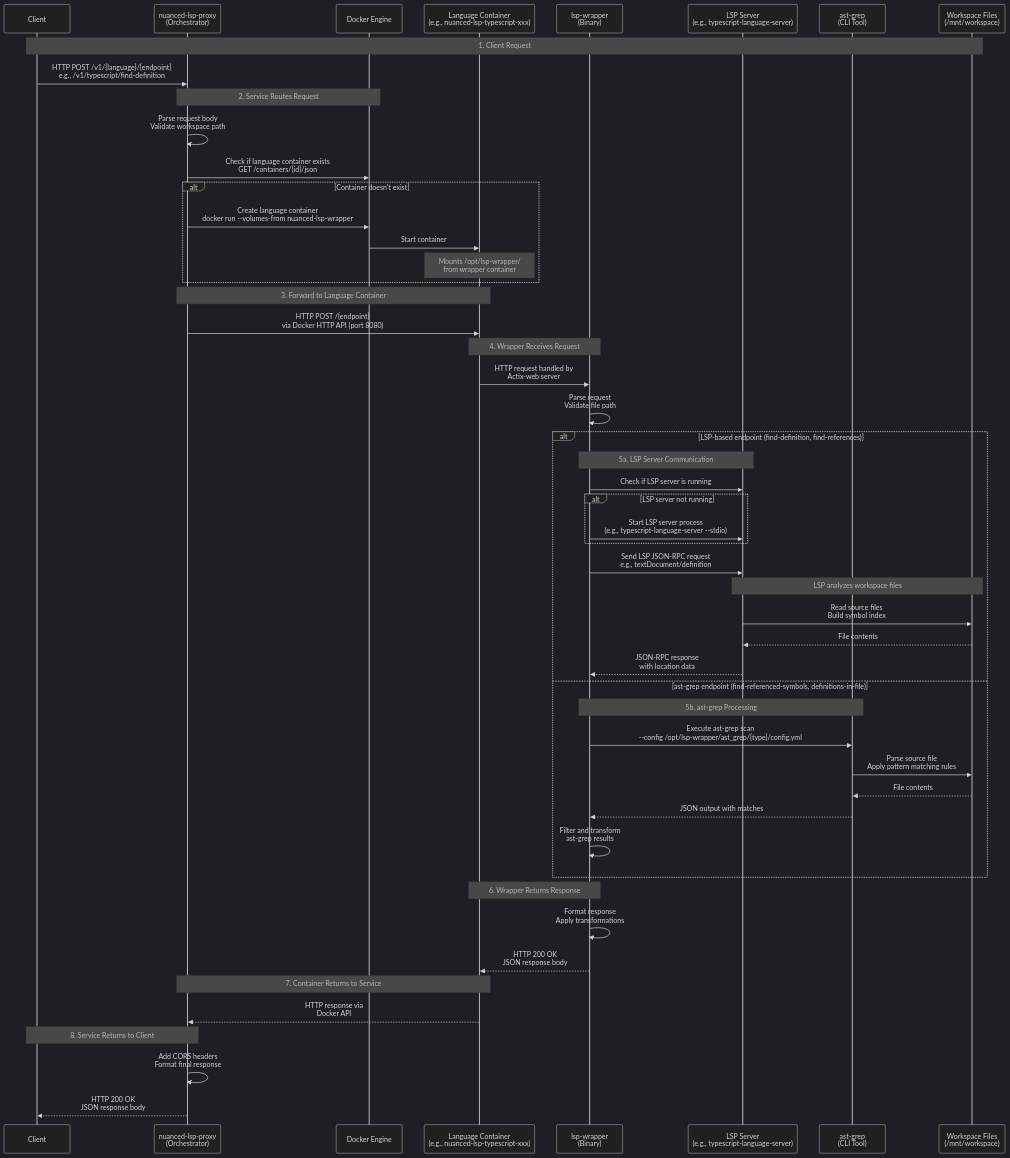
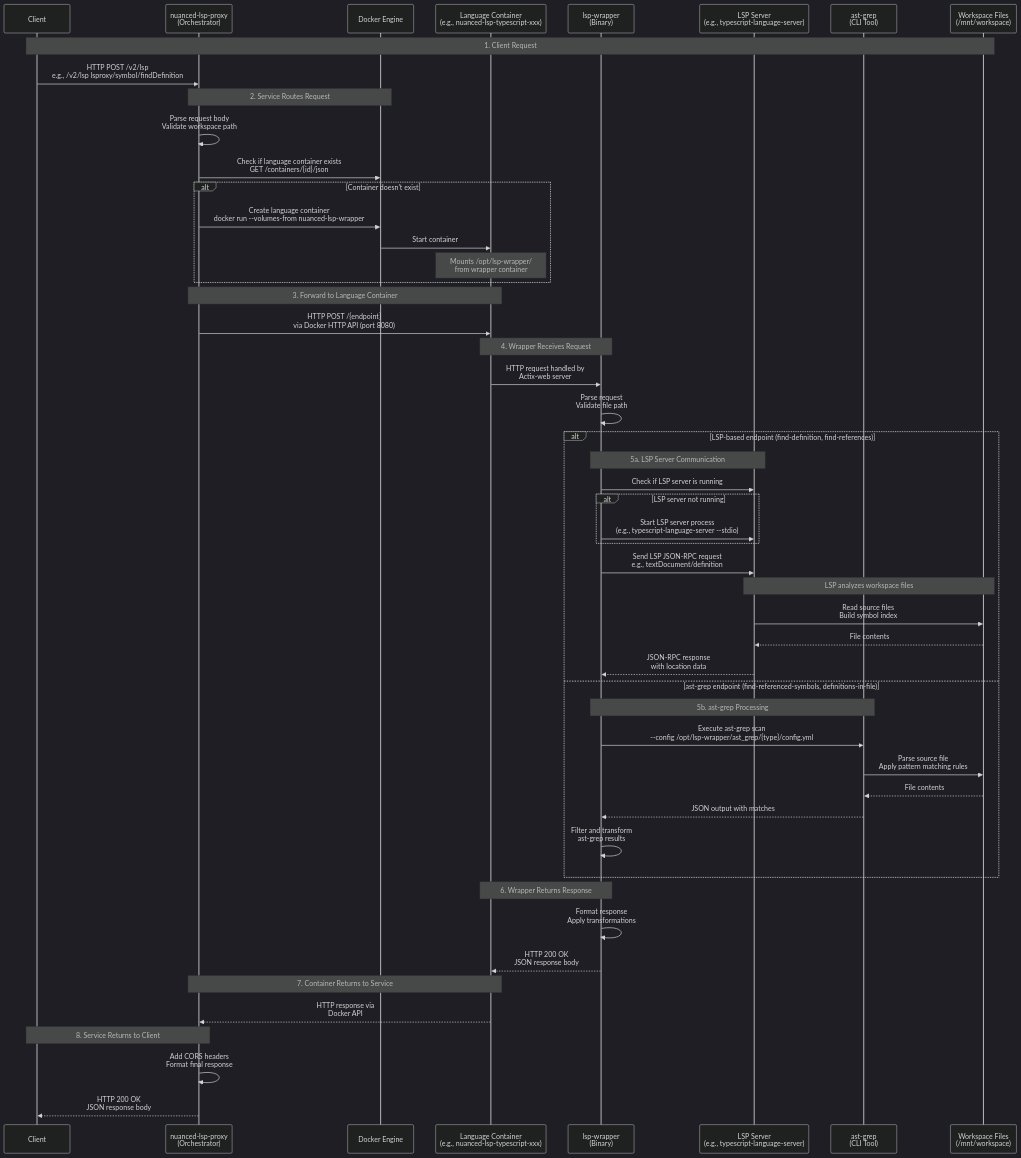
The diagram in docs/architecture.md (nuanced-dev/lsproxy), drawn with Mermaid (dark theme) before and after one commit. The commit also changed other lines of this file and 8 other files, not shown here.

````diff
--- a/docs/architecture.md
+++ b/docs/architecture.md
@@ -9,64 +9,64 @@
 ```mermaid
 sequenceDiagram
     participant Client
     participant Service as nuanced-lsp-proxy<br/>(Orchestrator)
     participant Docker as Docker Engine
     participant LangContainer as Language Container<br/>(e.g., nuanced-lsp-typescript-xxx)
     participant Wrapper as lsp-wrapper<br/>(Binary)
     participant LSP as LSP Server<br/>(e.g., typescript-language-server)
     participant AstGrep as ast-grep<br/>(CLI Tool)
     participant Workspace as Workspace Files<br/>(/mnt/workspace)
 
     Note over Client,Workspace: 1. Client Request
-    Client->>Service: HTTP POST /v1/{language}/{endpoint}<br/>e.g., /v1/typescript/find-definition
+    Client->>Service: HTTP POST /v2/lsp<br/>e.g., /v2/lsp lsproxy/symbol/findDefinition
 
     Note over Service,Docker: 2. Service Routes Request
     Service->>Service: Parse request body<br/>Validate workspace path
     Service->>Docker: Check if language container exists<br/>GET /containers/{id}/json
 
     alt Container doesn't exist
         Service->>Docker: Create language container<br/>docker run --volumes-from nuanced-lsp-wrapper
         Docker->>LangContainer: Start container
         Note over LangContainer: Mounts /opt/lsp-wrapper/<br/>from wrapper container
     end
 
     Note over Service,LangContainer: 3. Forward to Language Container
     Service->>LangContainer: HTTP POST /{endpoint}<br/>via Docker HTTP API (port 8080)
 
     Note over LangContainer,Wrapper: 4. Wrapper Receives Request
     LangContainer->>Wrapper: HTTP request handled by<br/>Actix-web server
     Wrapper->>Wrapper: Parse request<br/>Validate file path
 
     alt LSP-based endpoint (find-definition, find-references)
         Note over Wrapper,LSP: 5a. LSP Server Communication
         Wrapper->>LSP: Check if LSP server is running
         alt LSP server not running
             Wrapper->>LSP: Start LSP server process<br/>(e.g., typescript-language-server --stdio)
         end
 
         Wrapper->>LSP: Send LSP JSON-RPC request<br/>e.g., textDocument/definition
         Note over LSP,Workspace: LSP analyzes workspace files
         LSP->>Workspace: Read source files<br/>Build symbol index
         Workspace-->>LSP: File contents
         LSP-->>Wrapper: JSON-RPC response<br/>with location data
 
     else ast-grep endpoint (find-referenced-symbols, definitions-in-file)
         Note over Wrapper,AstGrep: 5b. ast-grep Processing
         Wrapper->>AstGrep: Execute ast-grep scan<br/>--config /opt/lsp-wrapper/ast_grep/{type}/config.yml
         AstGrep->>Workspace: Parse source file<br/>Apply pattern matching rules
         Workspace-->>AstGrep: File contents
         AstGrep-->>Wrapper: JSON output with matches
         Wrapper->>Wrapper: Filter and transform<br/>ast-grep results
     end
 
     Note over Wrapper,LangContainer: 6. Wrapper Returns Response
     Wrapper->>Wrapper: Format response<br/>Apply transformations
     Wrapper-->>LangContainer: HTTP 200 OK<br/>JSON response body
 
     Note over LangContainer,Service: 7. Container Returns to Service
     LangContainer-->>Service: HTTP response via<br/>Docker API
 
     Note over Service,Client: 8. Service Returns to Client
     Service->>Service: Add CORS headers<br/>Format final response
     Service-->>Client: HTTP 200 OK<br/>JSON response body
 ```
````
